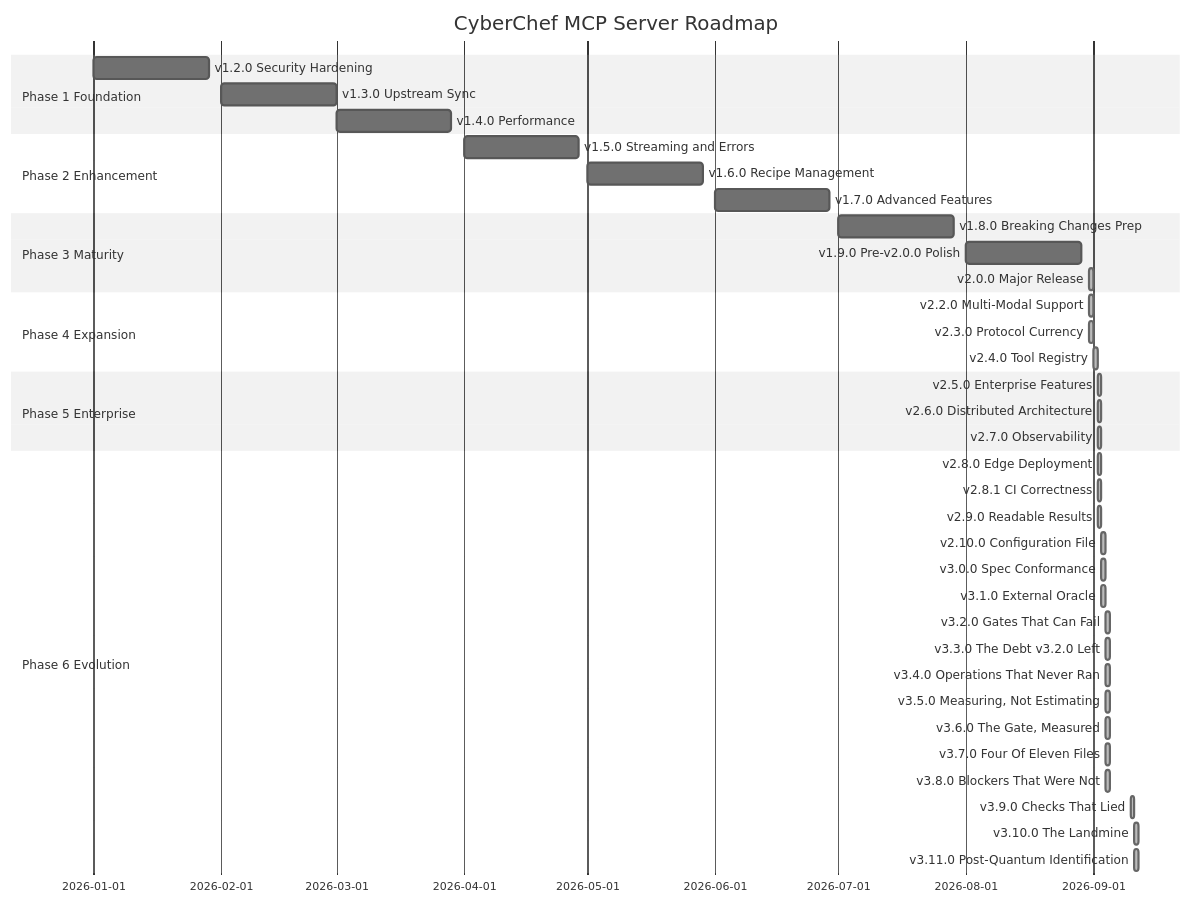
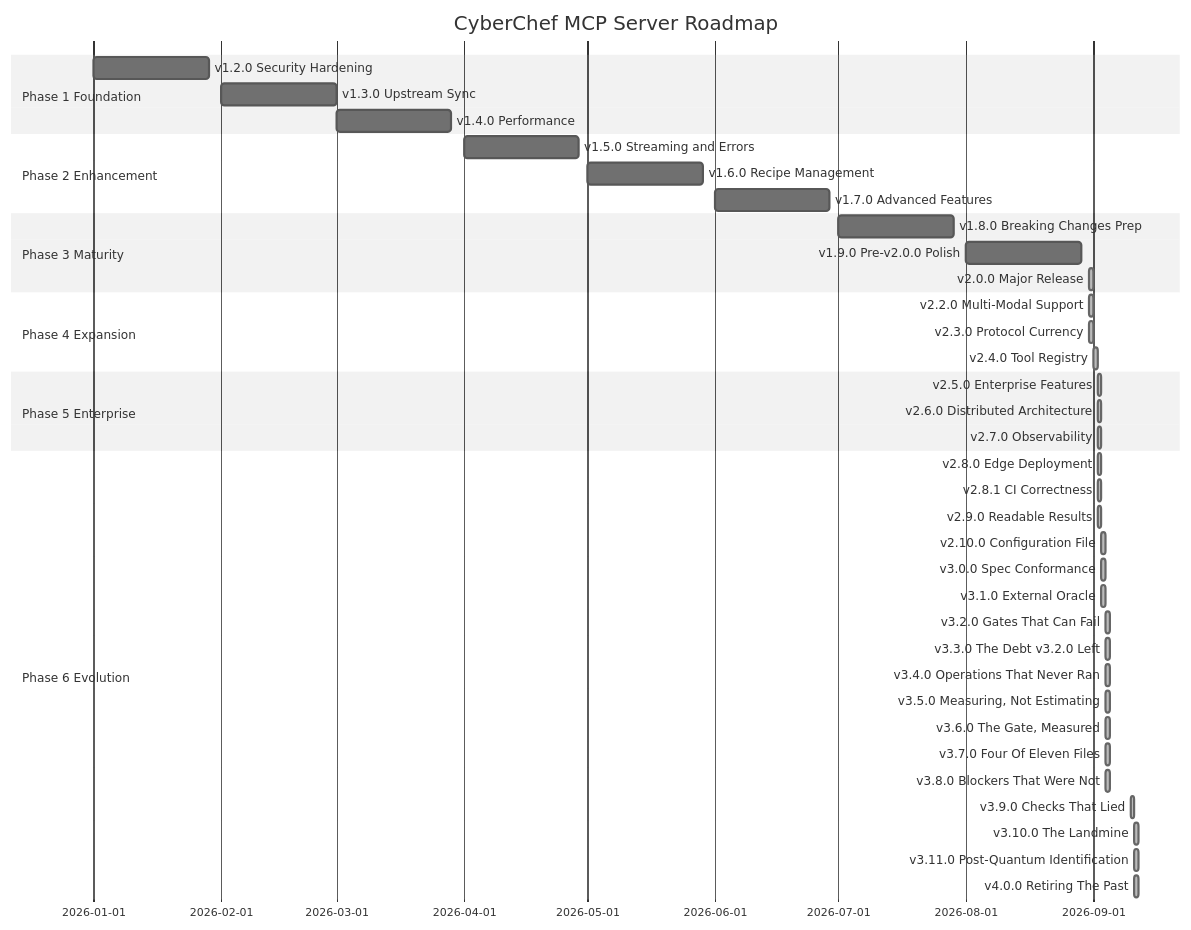
One commit to doublegate/CyberChef-MCP changed the diagram in docs/planning/ROADMAP.md. Above: the diagram before and after it, drawn with Mermaid (neutral theme). The commit also changed other lines of this file and 3 other files, not shown here.

````diff
--- a/docs/planning/ROADMAP.md
+++ b/docs/planning/ROADMAP.md
@@ -67,42 +67,43 @@
 ```mermaid
 gantt
     title CyberChef MCP Server Roadmap
     dateFormat YYYY-MM-DD
     section Phase 1 Foundation
     v1.2.0 Security Hardening           :2026-01-01, 4w
     v1.3.0 Upstream Sync                :2026-02-01, 4w
     v1.4.0 Performance                  :2026-03-01, 4w
     section Phase 2 Enhancement
     v1.5.0 Streaming and Errors         :2026-04-01, 4w
     v1.6.0 Recipe Management            :2026-05-01, 4w
     v1.7.0 Advanced Features            :2026-06-01, 4w
     section Phase 3 Maturity
     v1.8.0 Breaking Changes Prep        :2026-07-01, 4w
     v1.9.0 Pre-v2.0.0 Polish            :2026-08-01, 4w
     v2.0.0 Major Release                :done, 2026-08-31, 1d
     section Phase 4 Expansion
     v2.2.0 Multi-Modal Support          :done, 2026-08-31, 1d
     v2.3.0 Protocol Currency            :done, 2026-08-31, 1d
     v2.4.0 Tool Registry                :done, 2026-09-01, 1d
     section Phase 5 Enterprise
     v2.5.0 Enterprise Features          :done, 2026-09-02, 1d
     v2.6.0 Distributed Architecture     :done, 2026-09-02, 1d
     v2.7.0 Observability                :done, 2026-09-02, 1d
     section Phase 6 Evolution
     v2.8.0 Edge Deployment              :done, 2026-09-02, 1d
     v2.8.1 CI Correctness               :done, 2026-09-02, 1d
     v2.9.0 Readable Results             :done, 2026-09-02, 1d
     v2.10.0 Configuration File          :done, 2026-09-03, 1d
     v3.0.0 Spec Conformance             :done, 2026-09-03, 1d
     v3.1.0 External Oracle              :done, 2026-09-03, 1d
     v3.2.0 Gates That Can Fail          :done, 2026-09-04, 1d
     v3.3.0 The Debt v3.2.0 Left         :done, 2026-09-04, 1d
     v3.4.0 Operations That Never Ran    :done, 2026-09-04, 1d
     v3.5.0 Measuring, Not Estimating    :done, 2026-09-04, 1d
     v3.6.0 The Gate, Measured          :done, 2026-09-04, 1d
     v3.7.0 Four Of Eleven Files        :done, 2026-09-04, 1d
     v3.8.0 Blockers That Were Not      :done, 2026-09-04, 1d
     v3.9.0 Checks That Lied            :done, 2026-09-10, 1d
     v3.10.0 The Landmine               :done, 2026-09-11, 1d
     v3.11.0 Post-Quantum Identification :done, 2026-09-11, 1d
+    v4.0.0 Retiring The Past            :done, 2026-09-11, 1d
 ```
````
